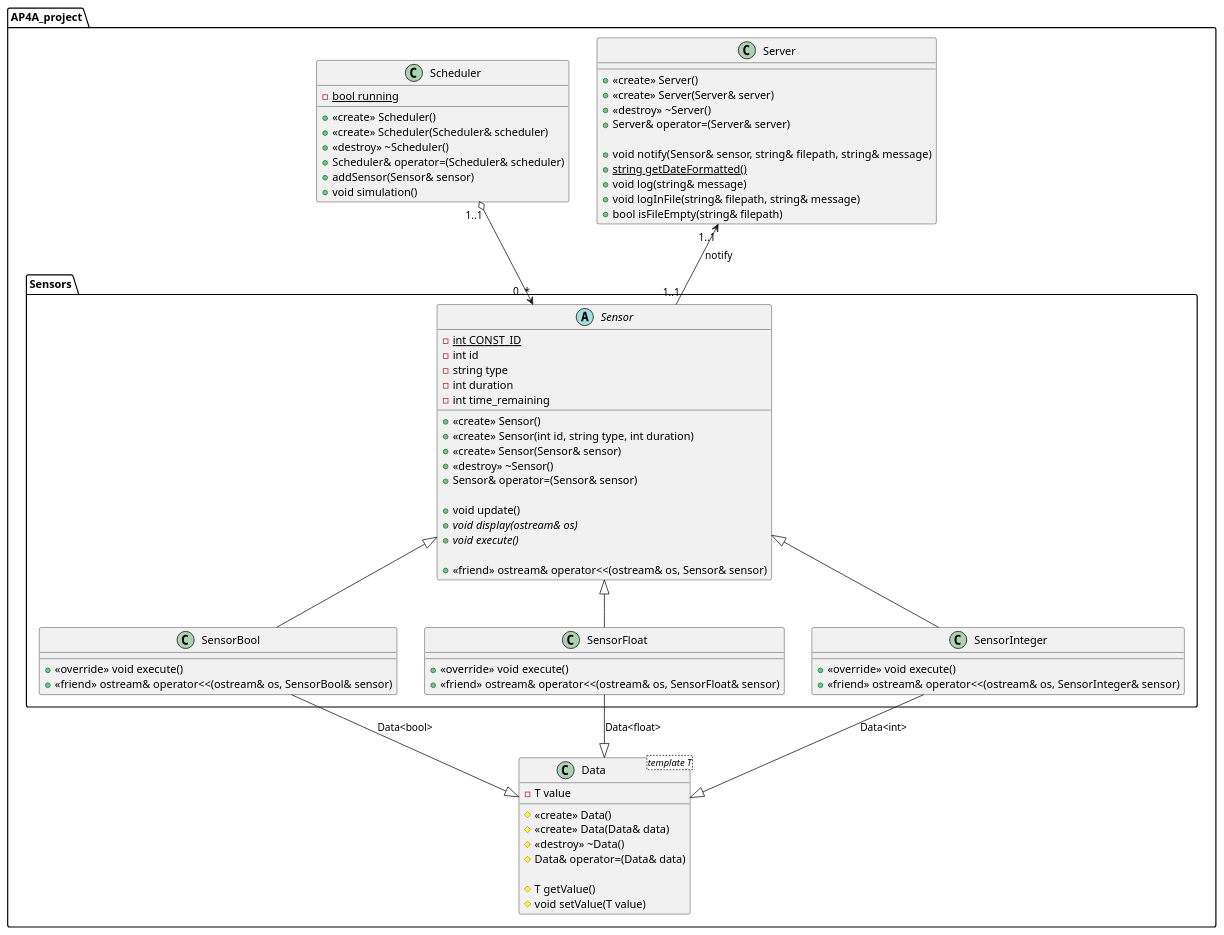
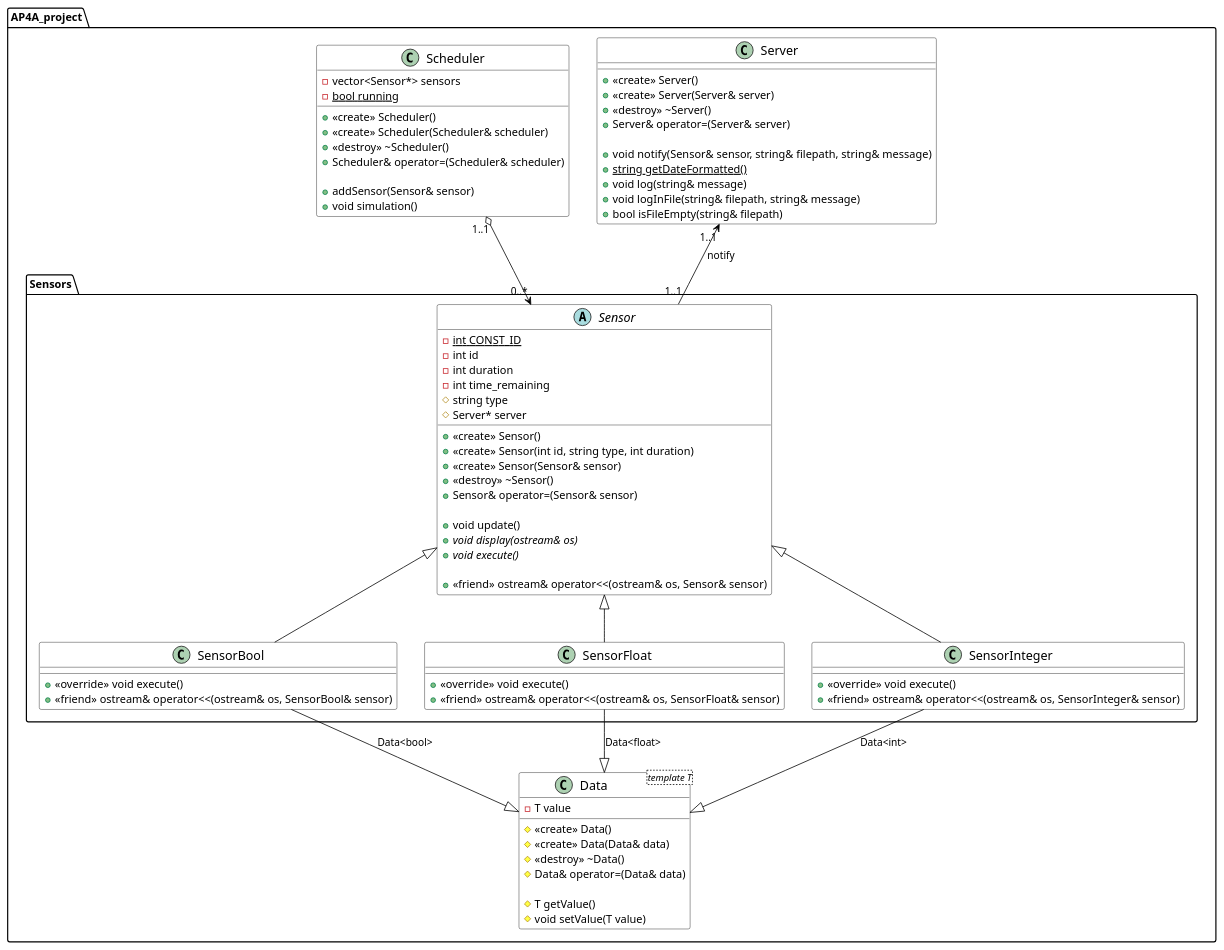
Before and after one commit to MrArnaudMichel/AP4A_projet: the diagram in projet.puml, drawn with PlantUML.

Commit message:
update uml

```diff
--- a/projet.puml
+++ b/projet.puml
@@ -1,90 +1,101 @@
 @startuml
 
+skinparam class {
+    BackgroundColor White
+    ArrowColor Black
+    BorderColor Black
+    FontColor Black
+    FontSize 16
+}
 
 package AP4A_project{
     class Server{
         + <<create>> Server()
         + <<create>> Server(Server& server)
         + <<destroy>> ~Server()
         + Server& operator=(Server& server)
 
         + void notify(Sensor& sensor, string& filepath, string& message)
         + {static} string getDateFormatted()
         + void log(string& message)
         + void logInFile(string& filepath, string& message)
         + bool isFileEmpty(string& filepath)
     }
 
     class Scheduler{
+        - vector<Sensor*> sensors
+        - {static} bool running
+
         + <<create>> Scheduler()
         + <<create>> Scheduler(Scheduler& scheduler)
         + <<destroy>> ~Scheduler()
         + Scheduler& operator=(Scheduler& scheduler)
 
-        - {static} bool running
         + addSensor(Sensor& sensor)
         + void simulation()
     }
 
     package Sensors{
         abstract class Sensor{
             - {static} int CONST_ID
             - int id
-            - string type
             - int duration
             - int time_remaining
+            # string type
+            # Server* server
+
 
             + <<create>> Sensor()
             + <<create>> Sensor(int id, string type, int duration)
             + <<create>> Sensor(Sensor& sensor)
             + <<destroy>> ~Sensor()
             + Sensor& operator=(Sensor& sensor)
 
             + void update()
             + {abstract} void display(ostream& os)
             + {abstract} void execute()
 
             + <<friend>> ostream& operator<<(ostream& os, Sensor& sensor)
         }
 
         Server "1..1" <-- "1..1" Sensor: notify
 
         class SensorBool{
             + <<override>> void execute()
             + <<friend>> ostream& operator<<(ostream& os, SensorBool& sensor)
         }
 
         class SensorFloat{
             + <<override>> void execute()
             + <<friend>> ostream& operator<<(ostream& os, SensorFloat& sensor)
         }
 
         class SensorInteger{
             + <<override>> void execute()
             + <<friend>> ostream& operator<<(ostream& os, SensorInteger& sensor)
         }
 
         Sensor <|-- SensorBool
         Sensor <|-- SensorFloat
         Sensor <|-- SensorInteger
 
         Scheduler "1..1" o--> "0..*" Sensor
     }
 
     class Data<template T>{
         - T value
 
         # <<create>> Data()
         # <<create>> Data(Data& data)
         # <<destroy>> ~Data()
         # Data& operator=(Data& data)
 
         # T getValue()
         # void setValue(T value)
     }
 
     SensorBool --|> Data: Data<bool>
     SensorFloat --|> Data: Data<float>
     SensorInteger --|> Data: Data<int>
 }
 @enduml
```
